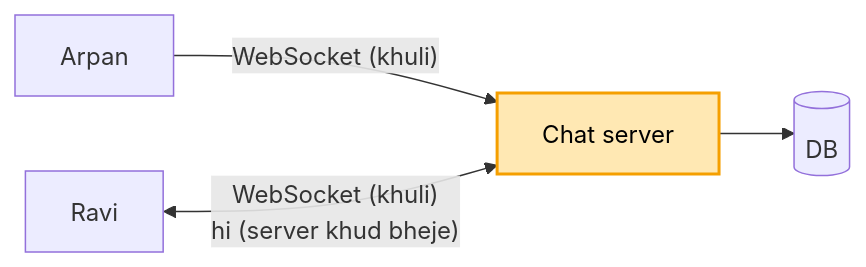
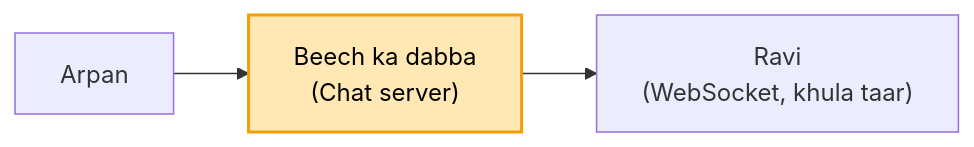
One commit to ArpanMaheshwari144/Prep changed the first of 4 diagrams in 04_HLD/SYSTEM_DESIGNS/14_chat_messaging/14_chat_messaging.md. Above: the diagram before and after it, drawn with Mermaid. The commit also changed other lines of this file and 13 other files, not shown here.

````diff
--- a/04_HLD/SYSTEM_DESIGNS/14_chat_messaging/14_chat_messaging.md
+++ b/04_HLD/SYSTEM_DESIGNS/14_chat_messaging/14_chat_messaging.md
@@ -80,7 +35,6 @@
 ```mermaid
 flowchart LR
-    A["Arpan"] -- "WebSocket (khuli)" --> S["Chat server"]
-    R["Ravi"] <-->|"WebSocket (khuli)<br/>hi (server khud bheje)"| S
-    S --> D[("DB")]
+    A["Arpan"] --> S["Beech ka dabba<br/>(Chat server)"]
+    S --> R["Ravi<br/>(WebSocket, khula taar)"]
     style S fill:#ffe8b3,stroke:#f59f00,stroke-width:2px,color:#000
 ```
````
